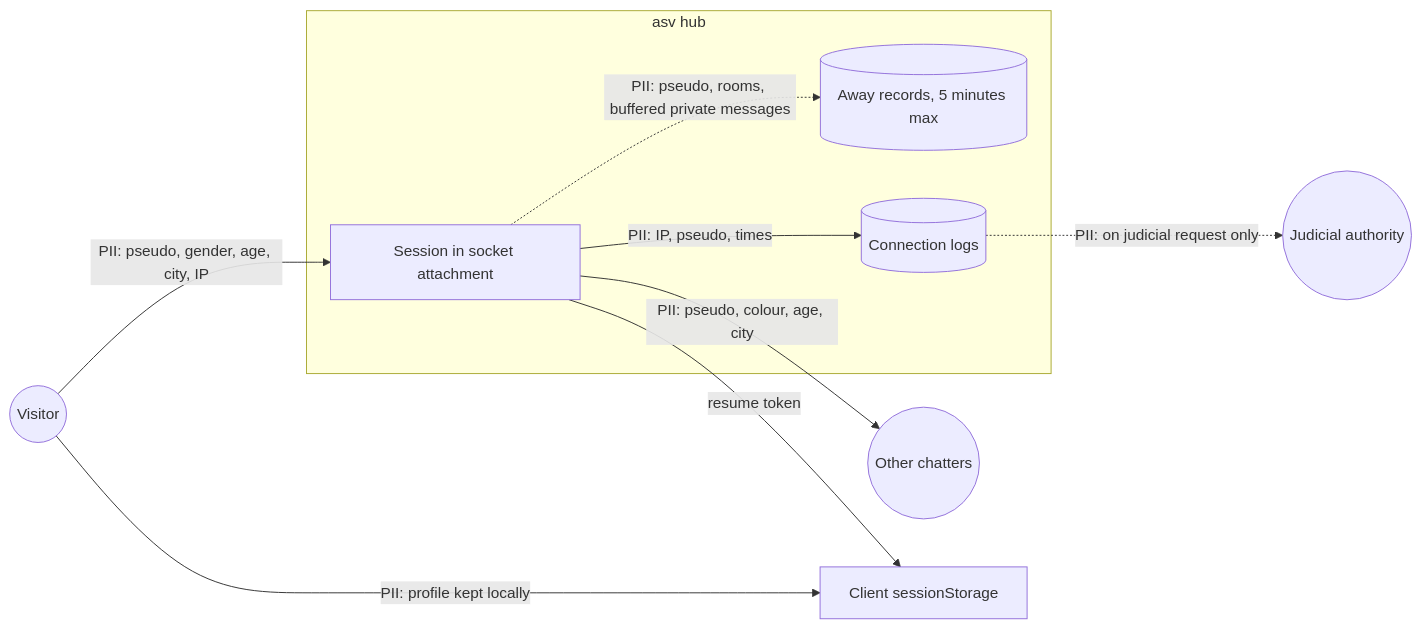
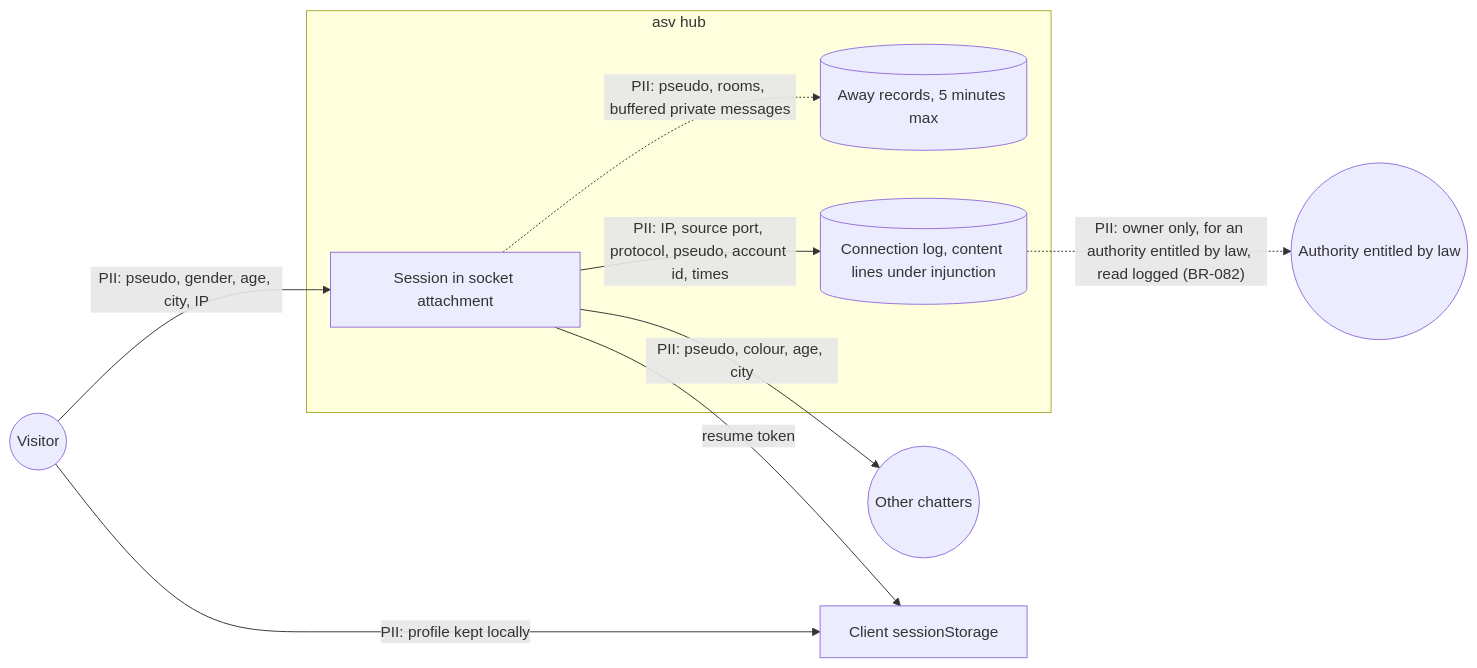
Before and after one commit to benoit-bremaud/asv: the diagram in docs/architecture/diagrams/entry/06-data-flow.md, drawn with Mermaid. The commit also changed other lines of this file and 28 other files, not shown here.

````diff
--- a/docs/architecture/diagrams/entry/06-data-flow.md
+++ b/docs/architecture/diagrams/entry/06-data-flow.md
@@ -13,19 +13,19 @@
 ```mermaid
 flowchart LR
   Visitor(("Visitor"))
   Others(("Other chatters"))
-  Authority(("Judicial authority"))
+  Authority(("Authority entitled by law"))
   subgraph asv ["asv hub"]
     Sess["Session in socket attachment"]
     Away[("Away records, 5 minutes max")]
-    Logs[("Connection logs")]
+    Logs[("Connection log, content lines under injunction")]
   end
   Client["Client sessionStorage"]
   Visitor -->|"PII: pseudo, gender, age, city, IP"| Sess
-  Sess -->|"PII: IP, pseudo, times"| Logs
+  Sess -->|"PII: IP, source port, protocol, pseudo, account id, times"| Logs
   Sess -->|"resume token"| Client
   Visitor -->|"PII: profile kept locally"| Client
   Sess -->|"PII: pseudo, colour, age, city"| Others
   Sess -.->|"PII: pseudo, rooms, buffered private messages"| Away
-  Logs -.->|"PII: on judicial request only"| Authority
+  Logs -.->|"PII: owner only, for an authority entitled by law, read logged (BR-082)"| Authority
 ```
````
